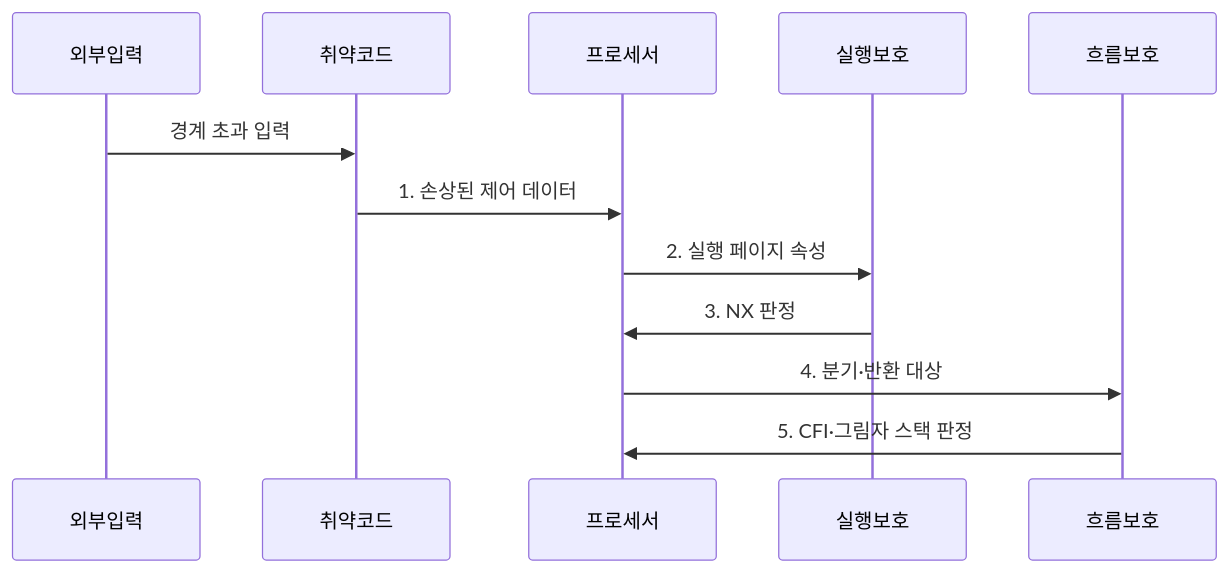
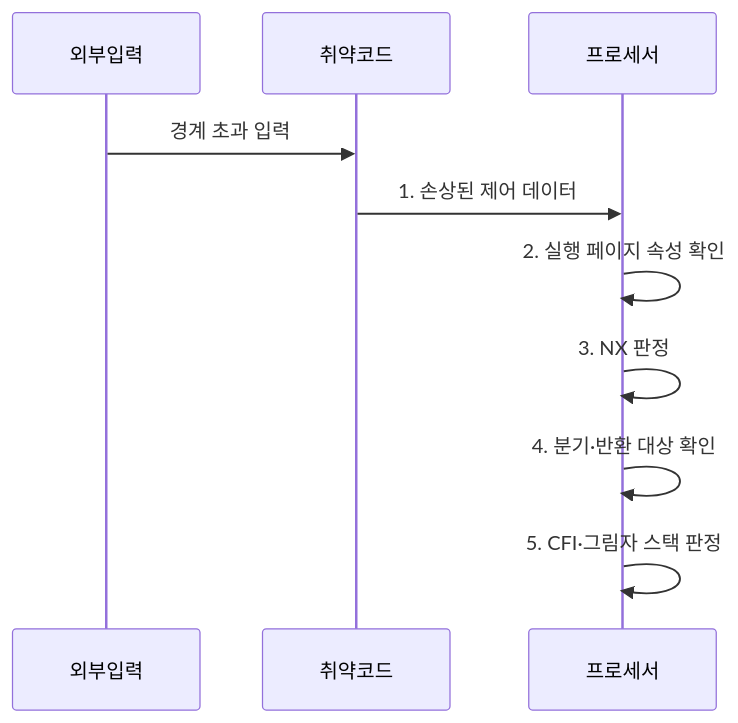
Before and after one commit to agnusdei1207/knowledge-base: the second of 2 diagrams in src/content/docs/notes/05-security/050_shellcode_rop.md, drawn with Mermaid. The commit also changed other lines of this file and 6 other files, not shown here.

Commit message:
Simplify security sequence participants

````diff
--- a/src/content/docs/notes/05-security/050_shellcode_rop.md
+++ b/src/content/docs/notes/05-security/050_shellcode_rop.md
@@ -101,14 +101,12 @@
 ```mermaid
 sequenceDiagram
     participant 외부입력
     participant 취약코드
     participant 프로세서
-    participant 실행보호
-    participant 흐름보호
     외부입력->>취약코드: 경계 초과 입력
     취약코드->>프로세서: 1. 손상된 제어 데이터
-    프로세서->>실행보호: 2. 실행 페이지 속성
-    실행보호->>프로세서: 3. NX 판정
-    프로세서->>흐름보호: 4. 분기·반환 대상
-    흐름보호->>프로세서: 5. CFI·그림자 스택 판정
+    프로세서->>프로세서: 2. 실행 페이지 속성 확인
+    프로세서->>프로세서: 3. NX 판정
+    프로세서->>프로세서: 4. 분기·반환 대상 확인
+    프로세서->>프로세서: 5. CFI·그림자 스택 판정
 ```
````
